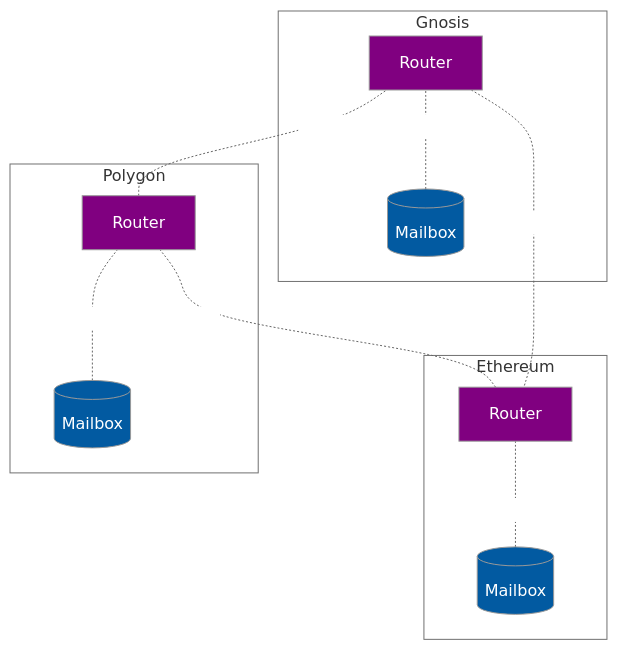
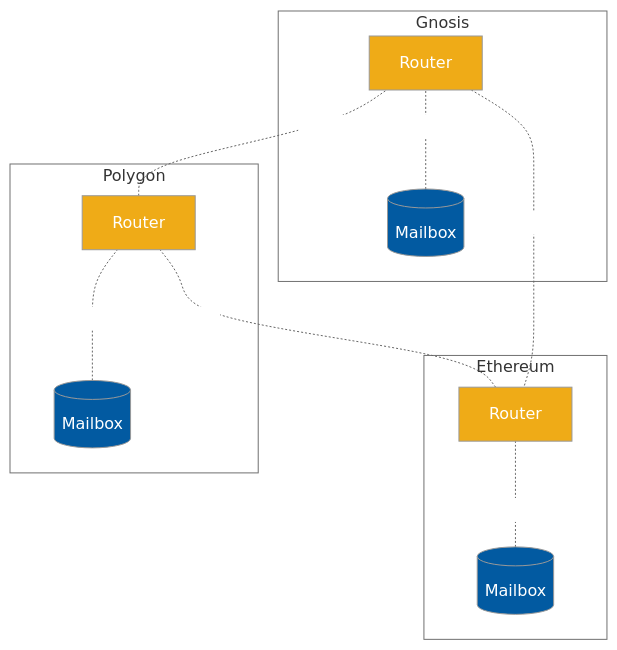
One commit to hyperlane-xyz/v2-docs changed the diagram in diagrams/router.md. Above: the diagram before and after it, drawn with Mermaid. The commit also changed 9 other files, not shown here.

````diff
--- a/diagrams/router.md
+++ b/diagrams/router.md
@@ -1,37 +1,37 @@
 ```mermaid
 %%{ init: {
   "theme": "neutral",
   "themeVariables": {
     "mainBkg": "#025AA1",
     "textColor": "white",
     "clusterBkg": "white"
   },
   "themeCSS": ".edgeLabel { color: black }"
 }}%%
 
 graph BT
     subgraph "Ethereum"
         R_E[Router]
         Mailbox_E[(Mailbox)]
         Mailbox_E -. "mailbox()" .- R_E
     end
 
     subgraph "Polygon"
         R_P[Router]
         Mailbox_P[(Mailbox)]
         Mailbox_P -. "mailbox()" .- R_P
     end
 
     subgraph "Gnosis"
         R_G[Router]
         Mailbox_G[(Mailbox)]
         Mailbox_G -. "mailbox()" .- R_G
     end
 
     R_E -. "routers()" .- R_P -. "routers()" .- R_G
     R_G -. "routers()" .- R_E
 
-    style R_E fill:purple
-    style R_P fill:purple
-    style R_G fill:purple
+    style R_E fill:#efab17
+    style R_P fill:#efab17
+    style R_G fill:#efab17
 ```
````
